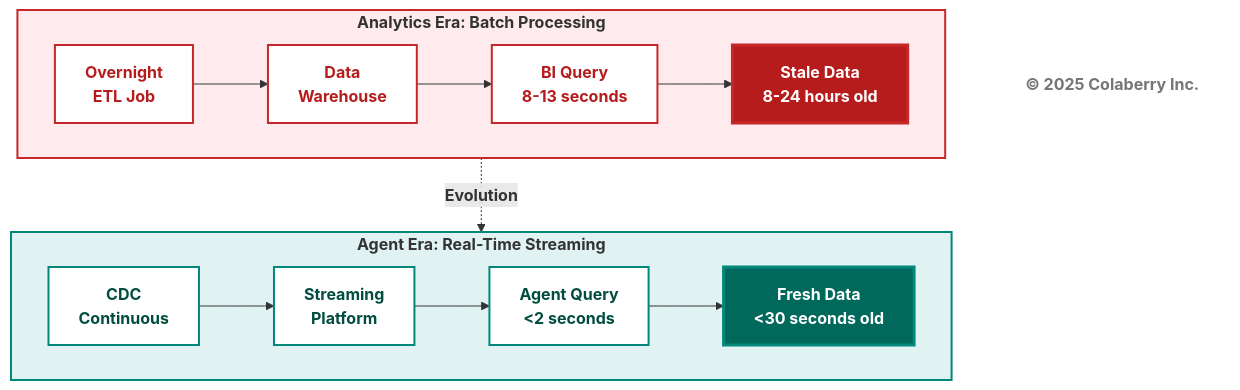
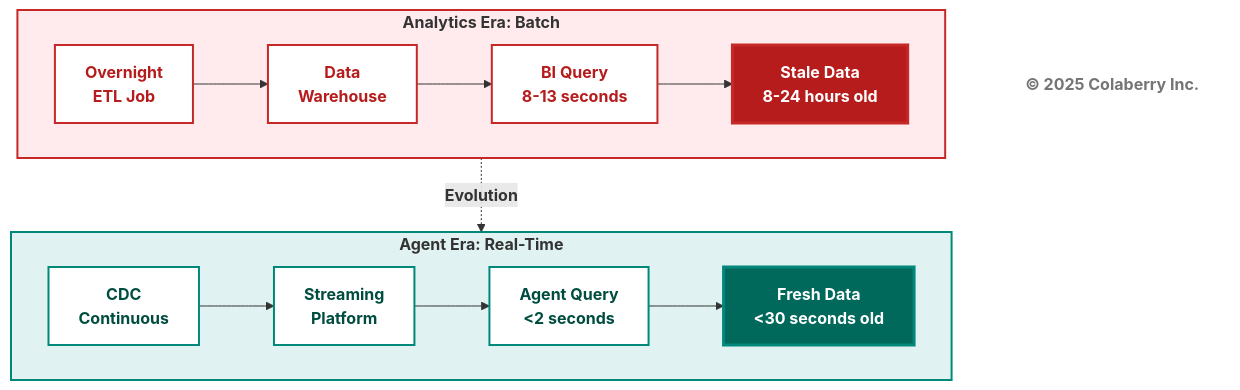
The fourth of 9 diagrams in chapter-00/chapter_00_complete.md (colaberry/enterprise-data-readiness-ai-agents), drawn with Mermaid before and after one commit. The commit also changed other lines of this file, not shown here.

````diff
--- a/chapter-00/chapter_00_complete.md
+++ b/chapter-00/chapter_00_complete.md
@@ -320,35 +329,35 @@
 ```mermaid
 graph TB
-    subgraph ERA1["<b>Analytics Era: Batch Processing</b>"]
+    subgraph ERA1["<b>Analytics Era: Batch</b>"]
         direction LR
         A1["<b>Overnight<br/>ETL Job</b>"] --> B1["<b>Data<br/>Warehouse</b>"]
         B1 --> C1["<b>BI Query<br/>8-13 seconds</b>"]
         C1 --> D1["<b>Stale Data<br/>8-24 hours old</b>"]
         
         style D1 fill:#b71c1c,color:#ffffff,stroke:#c62828,stroke-width:3px
     end
     
     ERA1 -.->|<b>Evolution</b>| ERA2
     
-    subgraph ERA2["<b>Agent Era: Real-Time Streaming</b>"]
+    subgraph ERA2["<b>Agent Era: Real-Time</b>"]
         direction LR
         A2["<b>CDC<br/>Continuous</b>"] --> B2["<b>Streaming<br/>Platform</b>"]
         B2 --> C2["<b>Agent Query<br/>&lt;2 seconds</b>"]
         C2 --> D2["<b>Fresh Data<br/>&lt;30 seconds old</b>"]
         
         style D2 fill:#00695c,color:#ffffff,stroke:#00897b,stroke-width:3px
     end
     
     style ERA1 fill:#ffebee,stroke:#c62828,stroke-width:2px
     style A1 fill:#ffffff,stroke:#c62828,stroke-width:2px,color:#b71c1c
     style B1 fill:#ffffff,stroke:#c62828,stroke-width:2px,color:#b71c1c
     style C1 fill:#ffffff,stroke:#c62828,stroke-width:2px,color:#b71c1c
     
     style ERA2 fill:#e0f2f1,stroke:#00897b,stroke-width:2px
     style A2 fill:#ffffff,stroke:#00897b,stroke-width:2px,color:#004d40
     style B2 fill:#ffffff,stroke:#00897b,stroke-width:2px,color:#004d40
     style C2 fill:#ffffff,stroke:#00897b,stroke-width:2px,color:#004d40
     
     Copyright["<b>© 2025 Colaberry Inc.</b>"]
     style Copyright fill:#ffffff,stroke:none,color:#757575
 ```
````
